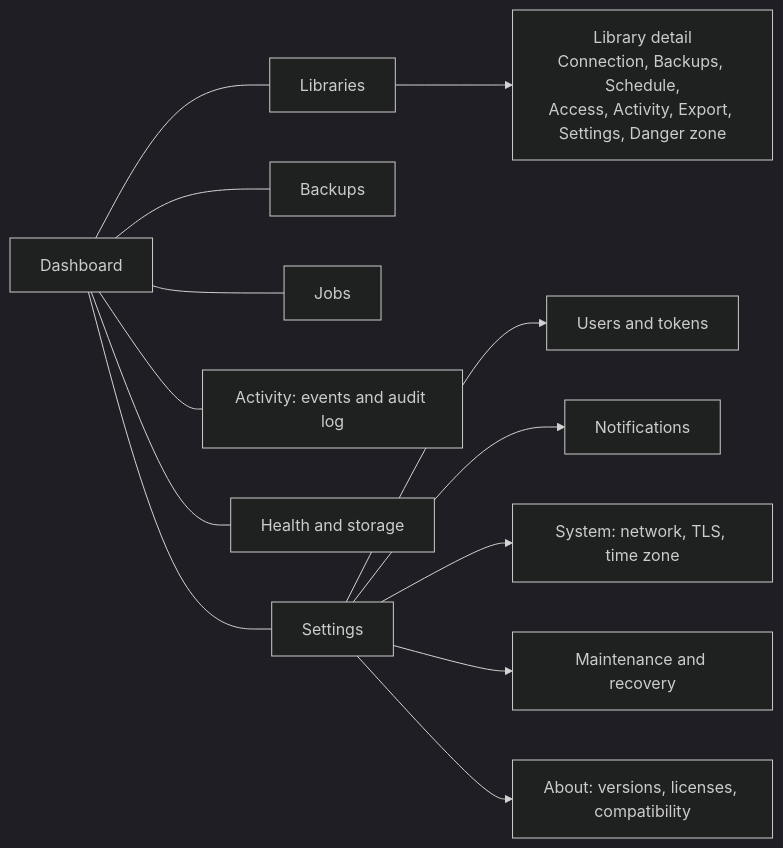
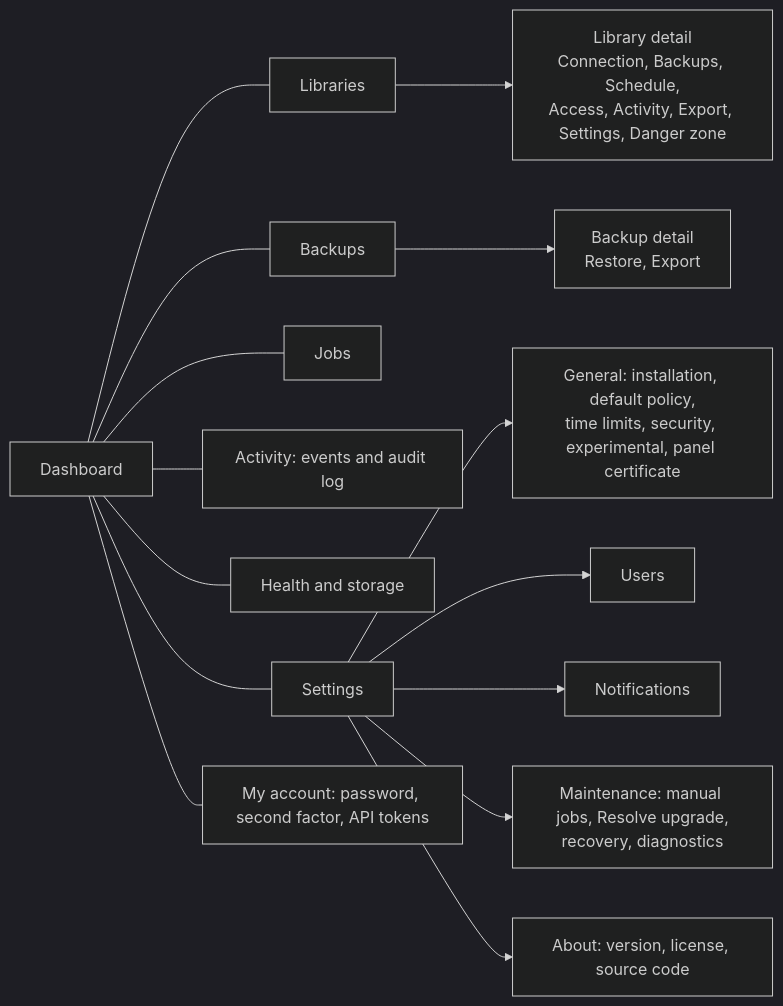
The diagram in docs/09-web-ui.md (donutinit/sqsolve), drawn with Mermaid (dark theme) before and after one commit. The commit also changed other lines of this file and 53 other files, not shown here.

````diff
--- a/docs/09-web-ui.md
+++ b/docs/09-web-ui.md
@@ -46,15 +46,17 @@
 ```mermaid
 flowchart LR
   P["Dashboard"] --- B["Libraries"]
   P --- R["Backups"]
   P --- T["Jobs"]
   P --- E["Activity: events and audit log"]
   P --- S["Health and storage"]
   P --- A["Settings"]
+  P --- M["My account: password, second factor, API tokens"]
   B --> BD["Library detail<br/>Connection, Backups, Schedule,<br/>Access, Activity, Export, Settings, Danger zone"]
-  A --> AU["Users and tokens"]
+  R --> RD["Backup detail<br/>Restore, Export"]
+  A --> AG["General: installation, default policy,<br/>time limits, security, experimental, panel certificate"]
+  A --> AU["Users"]
   A --> AN["Notifications"]
-  A --> AS["System: network, TLS, time zone"]
-  A --> AM["Maintenance and recovery"]
-  A --> AC["About: versions, licenses, compatibility"]
+  A --> AM["Maintenance: manual jobs, Resolve upgrade,<br/>recovery, diagnostics"]
+  A --> AC["About: version, license, source code"]
 ```
````
